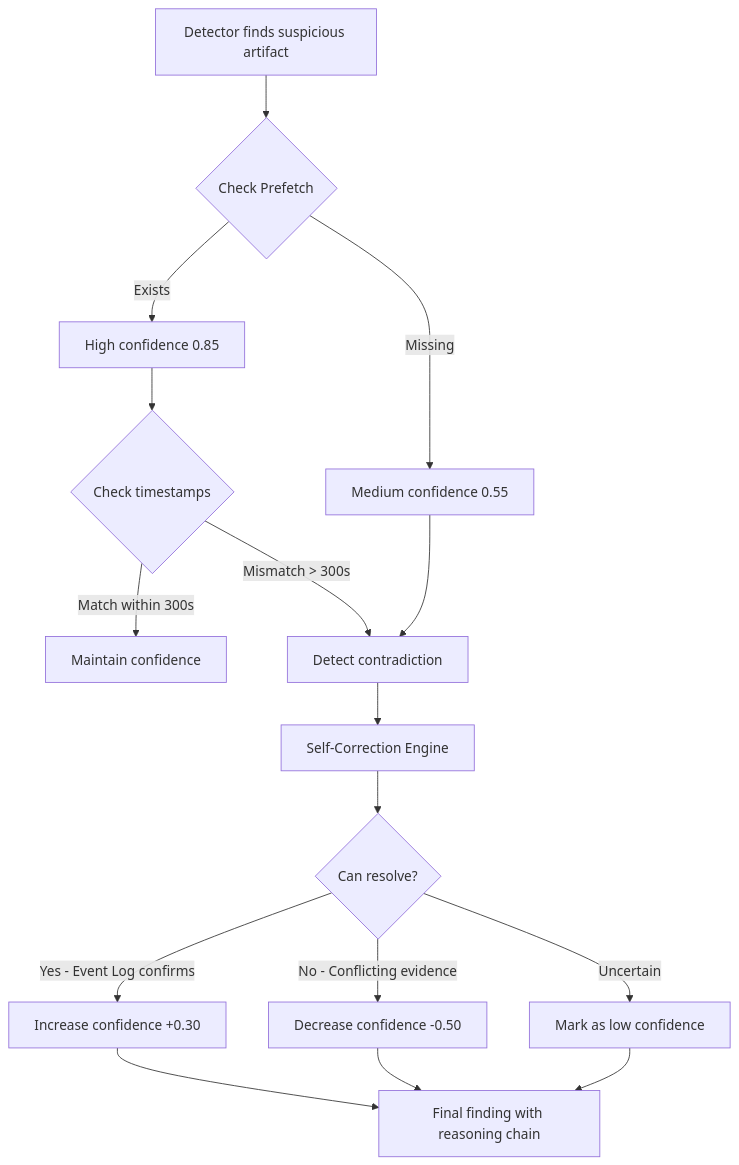
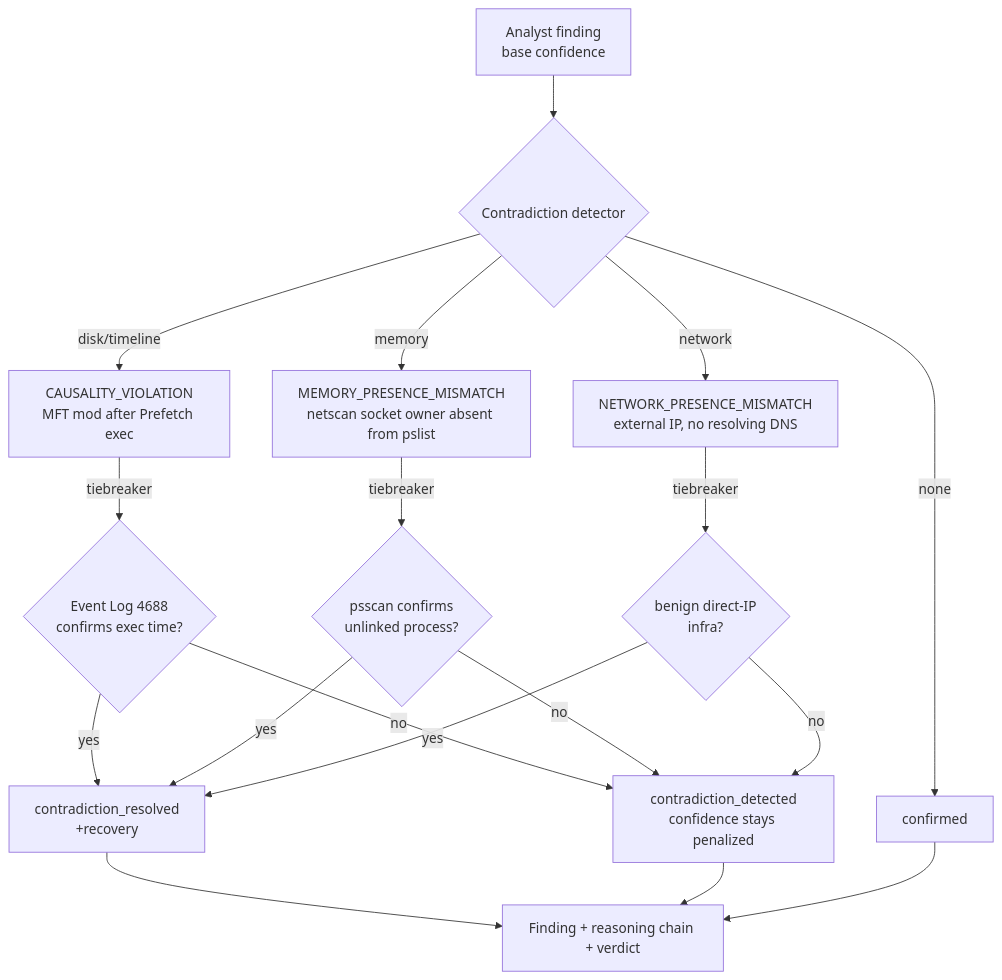
Before and after one commit to Strike48-public/4n6_nexus: the third of 3 diagrams in docs/ARCHITECTURE_DIAGRAM.md, drawn with Mermaid. The commit also changed other lines of this file and 2 other files, not shown here.

First line of the commit message:
docs: rewrite architecture diagram for multi-agent system (SFE-j5b)

````diff
--- a/docs/ARCHITECTURE_DIAGRAM.md
+++ b/docs/ARCHITECTURE_DIAGRAM.md
@@ -100,22 +205,20 @@
 ```mermaid
 flowchart TD
-    A[Detector finds suspicious artifact] --> B{Check Prefetch}
-    B -->|Exists| C[High confidence 0.85]
-    B -->|Missing| D[Medium confidence 0.55]
-    
-    C --> E{Check timestamps}
-    E -->|Match within 300s| F[Maintain confidence]
-    E -->|Mismatch > 300s| G[Detect contradiction]
-    
-    D --> G
-    G --> H[Self-Correction Engine]
-    
-    H --> I{Can resolve?}
-    I -->|Yes - Event Log confirms| J[Increase confidence +0.30]
-    I -->|No - Conflicting evidence| K[Decrease confidence -0.50]
-    I -->|Uncertain| L[Mark as low confidence]
-    
-    J --> M[Final finding with reasoning chain]
-    K --> M
-    L --> M
+    F[Analyst finding<br/>base confidence] --> D{Contradiction detector}
+
+    D -->|disk/timeline| C1[CAUSALITY_VIOLATION<br/>MFT mod after Prefetch exec]
+    D -->|memory| C2[MEMORY_PRESENCE_MISMATCH<br/>netscan socket owner absent from pslist]
+    D -->|network| C3[NETWORK_PRESENCE_MISMATCH<br/>external IP, no resolving DNS]
+    D -->|none| OK[confirmed]
+
+    C1 -->|tiebreaker| R1{Event Log 4688<br/>confirms exec time?}
+    C2 -->|tiebreaker| R2{psscan confirms<br/>unlinked process?}
+    C3 -->|tiebreaker| R3{benign direct-IP<br/>infra?}
+
+    R1 & R2 & R3 -->|yes| RES[contradiction_resolved<br/>+recovery]
+    R1 & R2 & R3 -->|no| DET[contradiction_detected<br/>confidence stays penalized]
+
+    RES --> OUT[Finding + reasoning chain + verdict]
+    DET --> OUT
+    OK --> OUT
 ```
````
